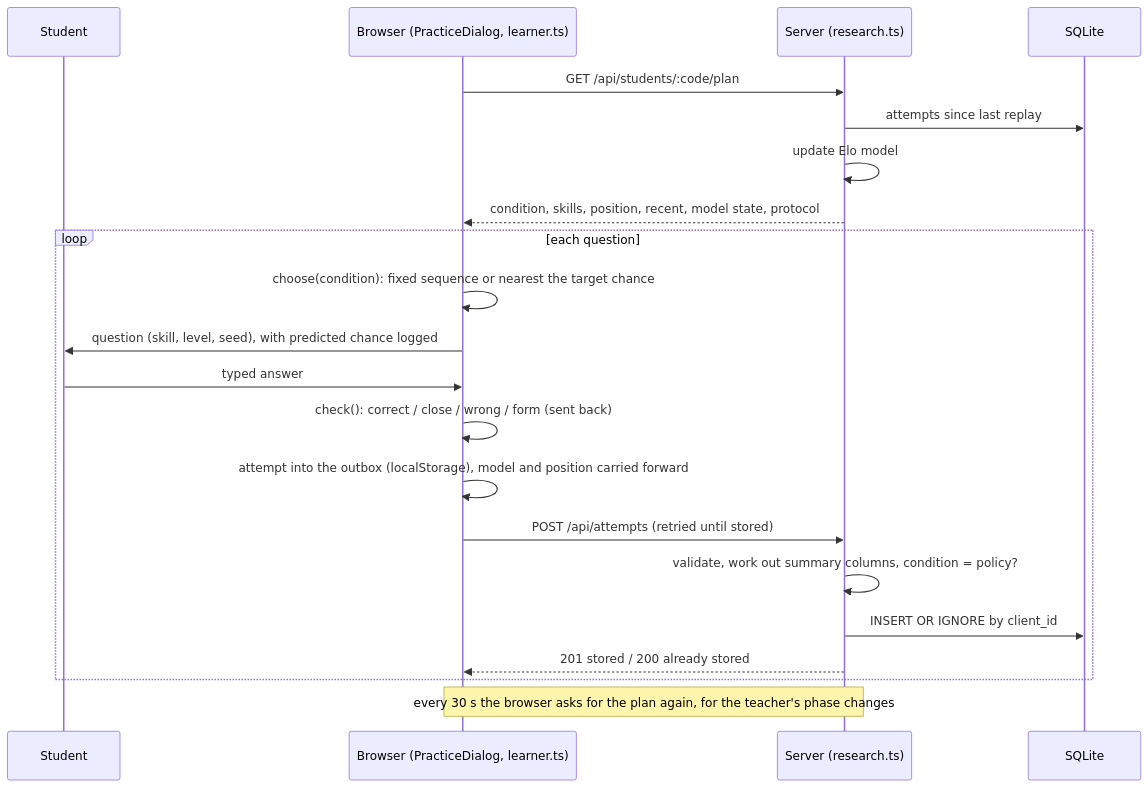
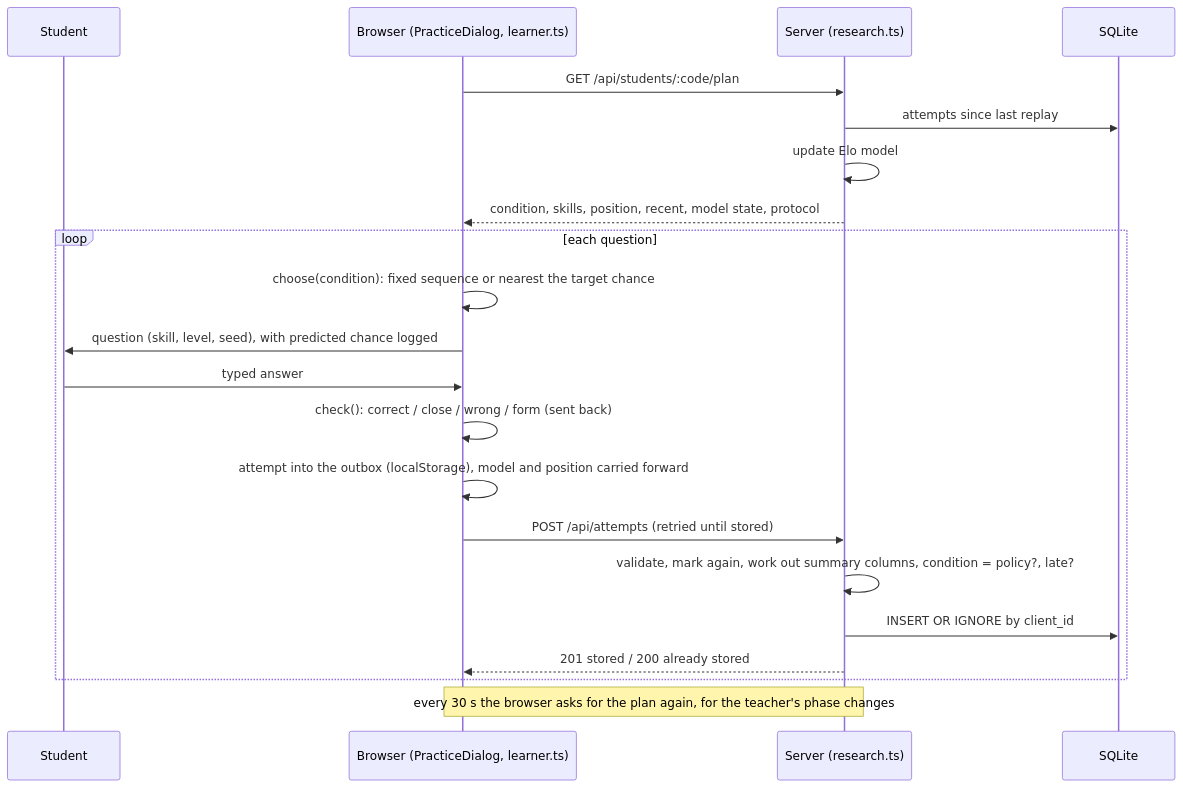
Before and after one commit to DavidTbilisi/zeno-math: the fourth of 5 diagrams in docs/architecture.md, drawn with Mermaid. The commit also changed other lines of this file and 24 other files, not shown here.

````diff
--- a/docs/architecture.md
+++ b/docs/architecture.md
@@ -158,23 +172,23 @@
 ```mermaid
 sequenceDiagram
   participant S as Student
   participant B as Browser (PracticeDialog, learner.ts)
   participant Z as Server (research.ts)
   participant D as SQLite
   B->>Z: GET /api/students/:code/plan
   Z->>D: attempts since last replay
   Z->>Z: update Elo model
   Z-->>B: condition, skills, position, recent, model state, protocol
   loop each question
     B->>B: choose(condition): fixed sequence or nearest the target chance
     B->>S: question (skill, level, seed), with predicted chance logged
     S->>B: typed answer
     B->>B: check(): correct / close / wrong / form (sent back)
     B->>B: attempt into the outbox (localStorage), model and position carried forward
     B->>Z: POST /api/attempts (retried until stored)
-    Z->>Z: validate, work out summary columns, condition = policy?
+    Z->>Z: validate, mark again, work out summary columns, condition = policy?, late?
     Z->>D: INSERT OR IGNORE by client_id
     Z-->>B: 201 stored / 200 already stored
   end
   Note over B,Z: every 30 s the browser asks for the plan again, for the teacher's phase changes
 ```
````
